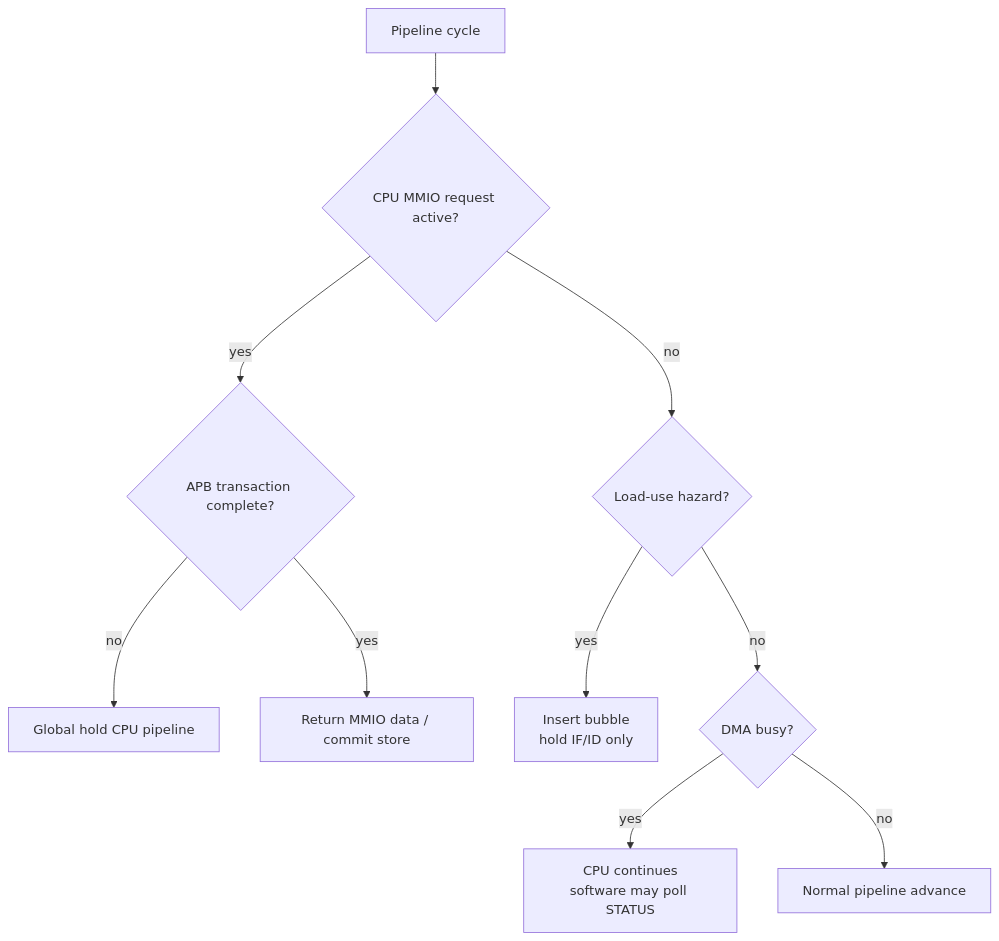
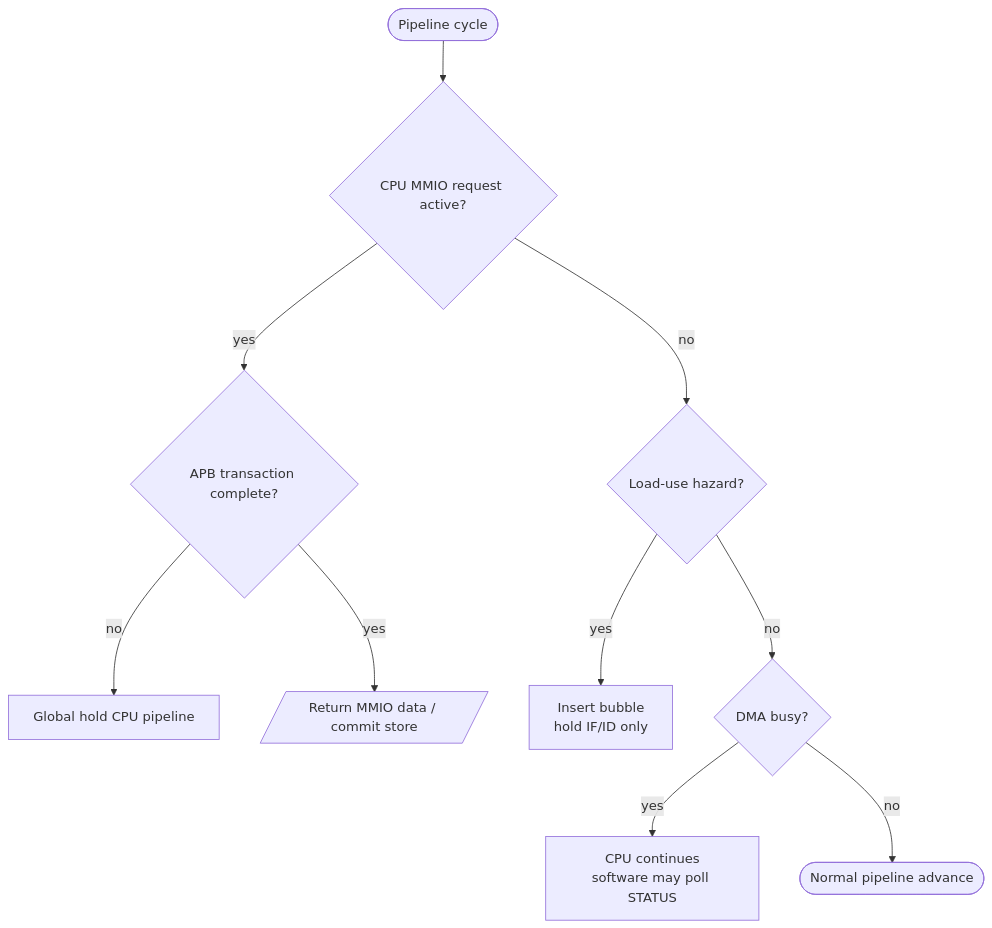
One commit to ngoquocan139/AES_huffman_all6 changed the diagram in docs/cpu_dma_stall_policy_spec.md. Above: the diagram before and after it, drawn with Mermaid. The commit also changed 28 other files, not shown here.

````diff
--- a/docs/cpu_dma_stall_policy_spec.md
+++ b/docs/cpu_dma_stall_policy_spec.md
@@ -48,12 +48,12 @@
 ```mermaid
 flowchart TD
-  A["Pipeline cycle"] --> B{"CPU MMIO request active?"}
+  A(["Pipeline cycle"]) --> B{"CPU MMIO request active?"}
   B -->|"yes"| C{"APB transaction complete?"}
   C -->|"no"| D["Global hold CPU pipeline"]
-  C -->|"yes"| E["Return MMIO data / commit store"]
+  C -->|"yes"| E[/"Return MMIO data / commit store"/]
   B -->|"no"| F{"Load-use hazard?"}
   F -->|"yes"| G["Insert bubble\nhold IF/ID only"]
   F -->|"no"| H{"DMA busy?"}
   H -->|"yes"| I["CPU continues\nsoftware may poll STATUS"]
-  H -->|"no"| J["Normal pipeline advance"]
+  H -->|"no"| J(["Normal pipeline advance"])
 ```
````
